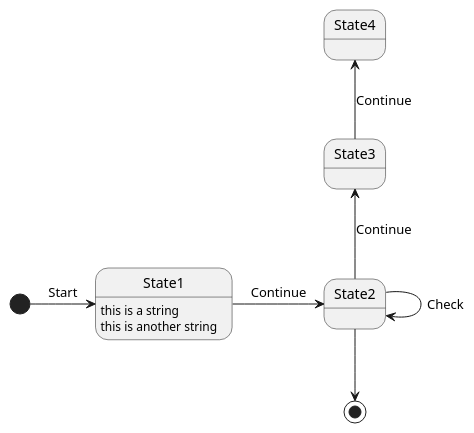
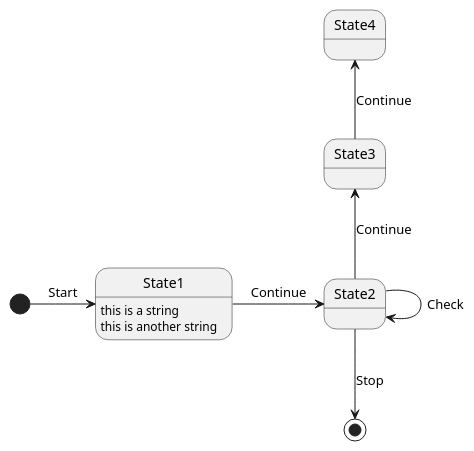
Before and after one commit to vrenken/EtAlii.Generators: the diagram in Source/EtAlii.Generators.Stateless.Tests/MyAsyncStateMachine.puml, drawn with PlantUML. The commit also changed 8 other files, not shown here.

```diff
--- a/Source/EtAlii.Generators.Stateless.Tests/MyAsyncStateMachine.puml
+++ b/Source/EtAlii.Generators.Stateless.Tests/MyAsyncStateMachine.puml
@@ -1,15 +1,15 @@
 @startuml
 'stateless namespace EtAlii.Generators.Stateless.Tests
 'stateless class MyAsyncStateMachineBase
 'stateless generate partial
 'stateless using System.Text
 
 [*] -> State1 << async (string name) >> : Start
 State1 : this is a string
 State1 : this is another string
 State1 -> State2 << async >> : Continue
-State2 -down-> [*]
+State2 -down-> [*] : Stop
 State2 -> State2 << (string name) >> : Check
 State2 -up-> State3 : Continue
 State3 -up-> State4 : Continue
 @enduml
```
